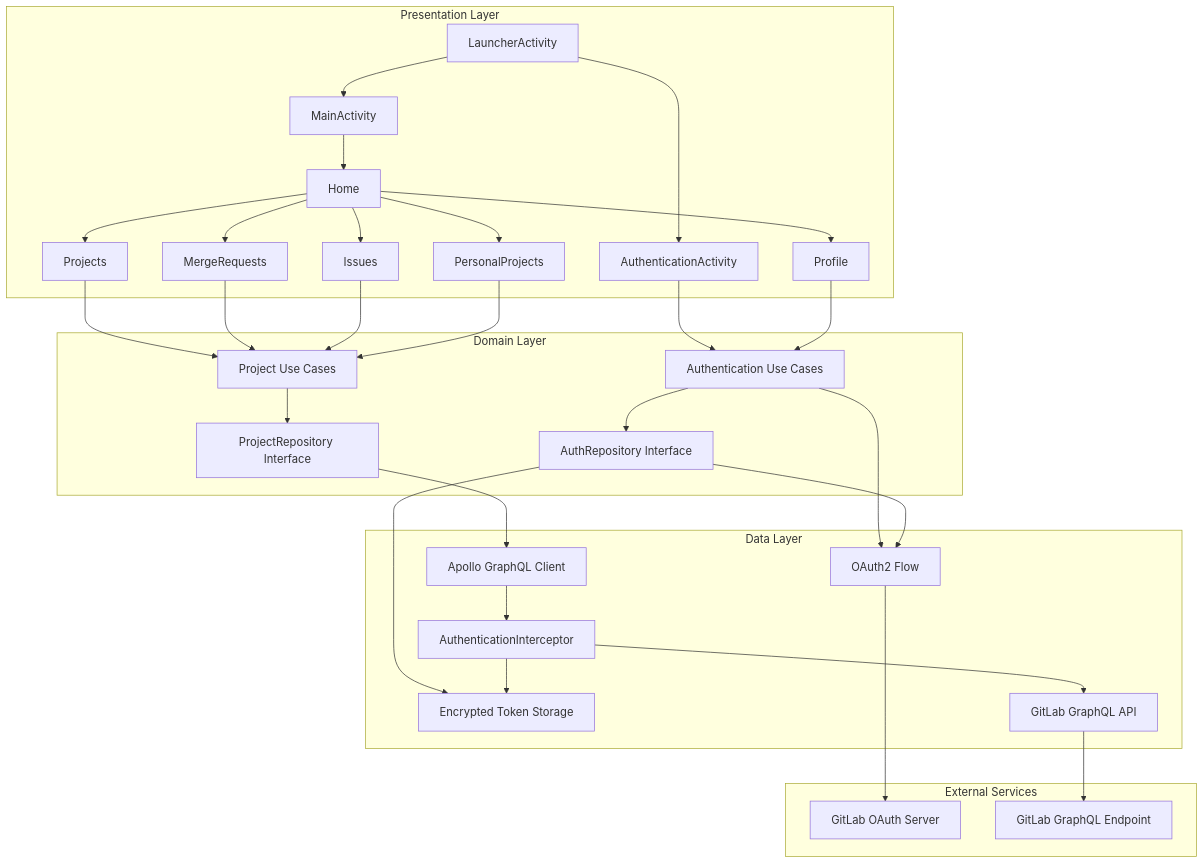
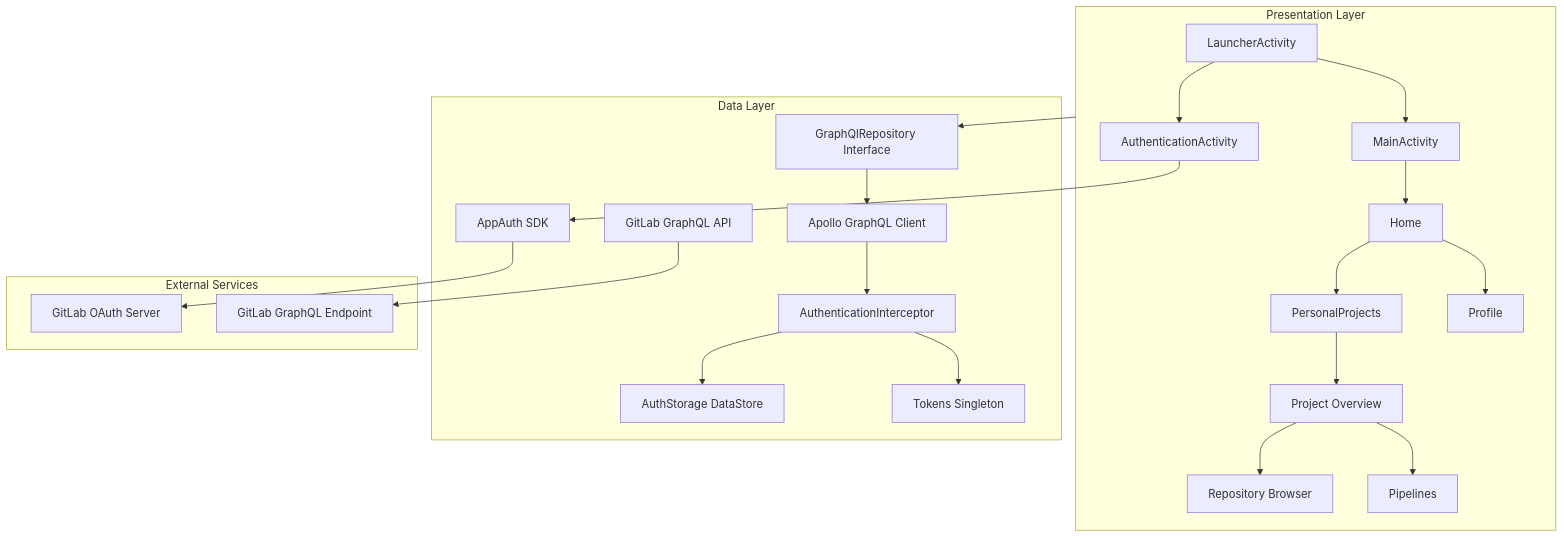
One commit to Ahtat204/Gitlab changed the first of 2 diagrams in ARCHITECTURE.md. Above: the diagram before and after it, drawn with Mermaid. The commit also changed other lines of this file and 1 other file, not shown here.

Commit message:
refactor:ARCHITECTURE.md

````diff
--- a/ARCHITECTURE.md
+++ b/ARCHITECTURE.md
@@ -13,66 +19,51 @@
 ```mermaid
 flowchart TB
     subgraph PresentationLayer [Presentation Layer]
         LauncherActivity[LauncherActivity]
         AuthActivity[AuthenticationActivity]
         MainActivity[MainActivity]
         HomeScreen[Home]
-        ProjectsScreen[Projects]
-        MergeRequestsScreen[MergeRequests]
-        IssuesScreen[Issues]
+        PersonalProjectsScreen[PersonalProjects]
         ProfileScreen[Profile]
-        PersonalProjectsScreen[PersonalProjects]
-    end
-
-    subgraph DomainLayer [Domain Layer]
-        ProjectUseCase[Project Use Cases]
-        AuthUseCase[Authentication Use Cases]
-        ProjectRepository[ProjectRepository Interface]
-        AuthRepository[AuthRepository Interface]
+        ProjectDetailScreen[Project Overview]
+        RepositoryScreen[Repository Browser]
+        PipelinesScreen[Pipelines]
     end
 
     subgraph DataLayer [Data Layer]
+        GraphQlRepository[GraphQlRepository Interface]
         ApolloClient[Apollo GraphQL Client]
         AuthInterceptor[AuthenticationInterceptor]
-        SecureStorage[Encrypted Token Storage]
+        AuthStorage[AuthStorage DataStore]
+        Tokens[Tokens Singleton]
         GitLabAPI[GitLab GraphQL API]
-        OAuthFlow[OAuth2 Flow]
+        AppAuth[AppAuth SDK]
     end
 
     subgraph ExternalServices [External Services]
         GitLabOAuth[GitLab OAuth Server]
         GitLabGraphQL[GitLab GraphQL Endpoint]
     end
 
     LauncherActivity --> AuthActivity
     LauncherActivity --> MainActivity
     
-    AuthActivity --> AuthUseCase
+    AuthActivity --> AppAuth
     MainActivity --> HomeScreen
-    HomeScreen --> ProjectsScreen
-    HomeScreen --> MergeRequestsScreen
-    HomeScreen --> IssuesScreen
+    HomeScreen --> PersonalProjectsScreen
     HomeScreen --> ProfileScreen
-    HomeScreen --> PersonalProjectsScreen
+    
+    PersonalProjectsScreen --> ProjectDetailScreen
+    ProjectDetailScreen --> RepositoryScreen
+    ProjectDetailScreen --> PipelinesScreen
 
-    ProjectsScreen --> ProjectUseCase
-    MergeRequestsScreen --> ProjectUseCase
-    IssuesScreen --> ProjectUseCase
-    PersonalProjectsScreen --> ProjectUseCase
-    ProfileScreen --> AuthUseCase
-
-    ProjectUseCase --> ProjectRepository
-    AuthUseCase --> AuthRepository
-    AuthUseCase --> OAuthFlow
-
-    ProjectRepository --> ApolloClient
-    AuthRepository --> SecureStorage
-    AuthRepository --> OAuthFlow
-
+    PresentationLayer --> GraphQlRepository
+    GraphQlRepository --> ApolloClient
+    
     ApolloClient --> AuthInterceptor
-    AuthInterceptor --> SecureStorage
-    AuthInterceptor --> GitLabAPI
-
-    OAuthFlow --> GitLabOAuth
+    AuthInterceptor --> Tokens
+    AuthInterceptor --> AuthStorage
+    
+    AppAuth --> GitLabOAuth
     GitLabAPI --> GitLabGraphQL
 ```
````
